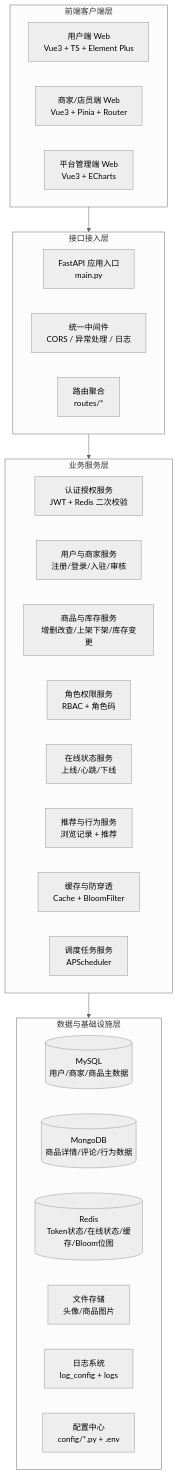
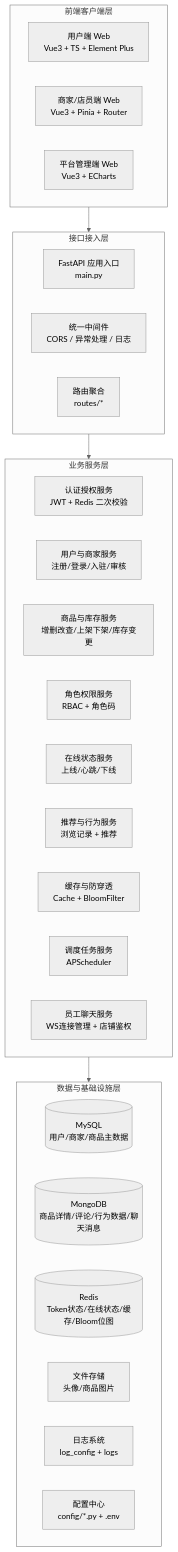
One commit to SDIJF1521/xb_mall changed the diagram in README.md. Above: the diagram before and after it, drawn with Mermaid (neutral theme). The commit also changed other lines of this file and 17 other files, not shown here.

````diff
--- a/README.md
+++ b/README.md
@@ -39,38 +39,39 @@
 ```mermaid
 flowchart TB
     subgraph Client[前端客户端层]
         C1[用户端 Web<br/>Vue3 + TS + Element Plus]
         C2[商家/店员端 Web<br/>Vue3 + Pinia + Router]
         C3[平台管理端 Web<br/>Vue3 + ECharts]
     end
 
     subgraph Gateway[接口接入层]
         G1[FastAPI 应用入口<br/>main.py]
         G2[统一中间件<br/>CORS / 异常处理 / 日志]
         G3[路由聚合<br/>routes/*]
     end
 
     subgraph Service[业务服务层]
         S1[认证授权服务<br/>JWT + Redis 二次校验]
         S2[用户与商家服务<br/>注册/登录/入驻/审核]
         S3[商品与库存服务<br/>增删改查/上架下架/库存变更]
         S4[角色权限服务<br/>RBAC + 角色码]
         S5[在线状态服务<br/>上线/心跳/下线]
         S6[推荐与行为服务<br/>浏览记录 + 推荐]
         S7[缓存与防穿透<br/>Cache + BloomFilter]
         S8[调度任务服务<br/>APScheduler]
+        S9[员工聊天服务<br/>WS连接管理 + 店铺鉴权]
     end
 
     subgraph Data[数据与基础设施层]
         D1[(MySQL<br/>用户/商家/商品主数据)]
-        D2[(MongoDB<br/>商品详情/评论/行为数据)]
+        D2[(MongoDB<br/>商品详情/评论/行为数据/聊天消息)]
         D3[(Redis<br/>Token状态/在线状态/缓存/Bloom位图)]
         D4[文件存储<br/>头像/商品图片]
         D5[日志系统<br/>log_config + logs]
         D6[配置中心<br/>config/*.py + .env]
     end
 
     Client --> Gateway
     Gateway --> Service
     Service --> Data
 ```
````
